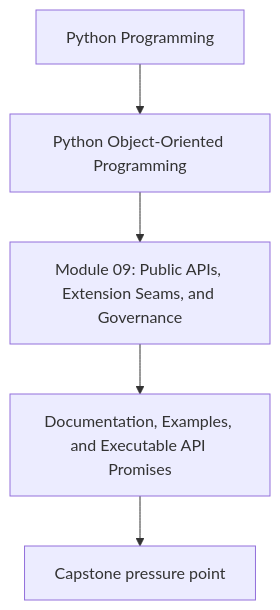
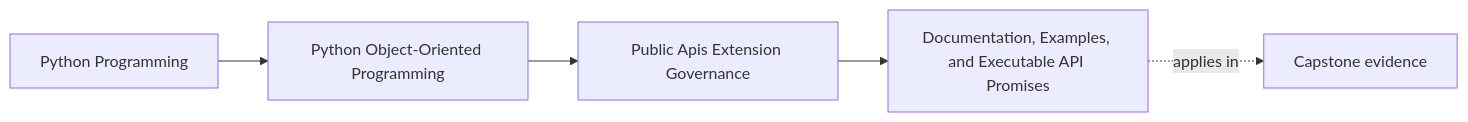
The first of 2 diagrams in programs/python-programming/python-object-oriented-programming/course-book/module-09-public-apis-extension-governance/documentation-examples-and-executable-api-promises.md (bijux/bijux-masterclass), drawn with Mermaid before and after one commit. The commit also changed other lines of this file and 103 other files, not shown here.

Commit message:
docs(python-object-oriented-programming): map sustainment and capstone surfaces

````diff
--- a/programs/python-programming/python-object-oriented-programming/course-book/module-09-public-apis-extension-governance/documentation-examples-and-executable-api-promises.md
+++ b/programs/python-programming/python-object-oriented-programming/course-book/module-09-public-apis-extension-governance/documentation-examples-and-executable-api-promises.md
@@ -7,7 +7,11 @@
 ```mermaid
-flowchart TD
-  family["Python Programming"] --> program["Python Object-Oriented Programming"]
-  program --> module["Module 09: Public APIs, Extension Seams, and Governance"]
-  module --> concept["Documentation, Examples, and Executable API Promises"]
-  concept --> capstone["Capstone pressure point"]
+graph LR
+  family["Python Programming"]
+  program["Python Object-Oriented Programming"]
+  section["Public Apis Extension Governance"]
+  page["Documentation, Examples, and Executable API Promises"]
+  capstone["Capstone evidence"]
+
+  family --> program --> section --> page
+  page -.applies in.-> capstone
 ```
````
